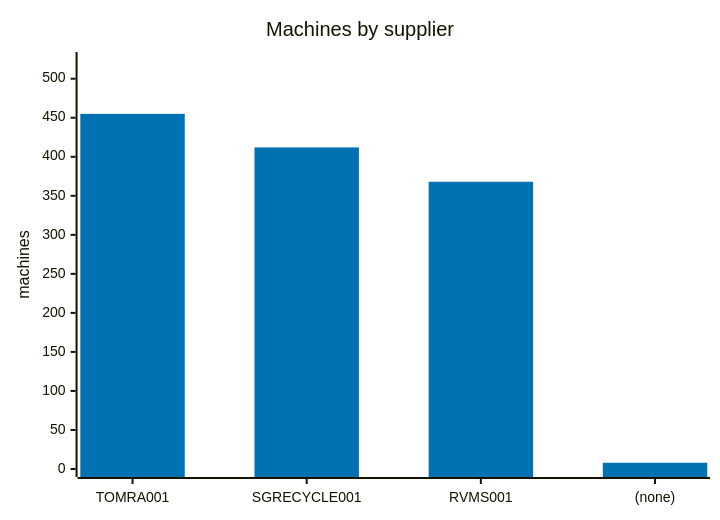
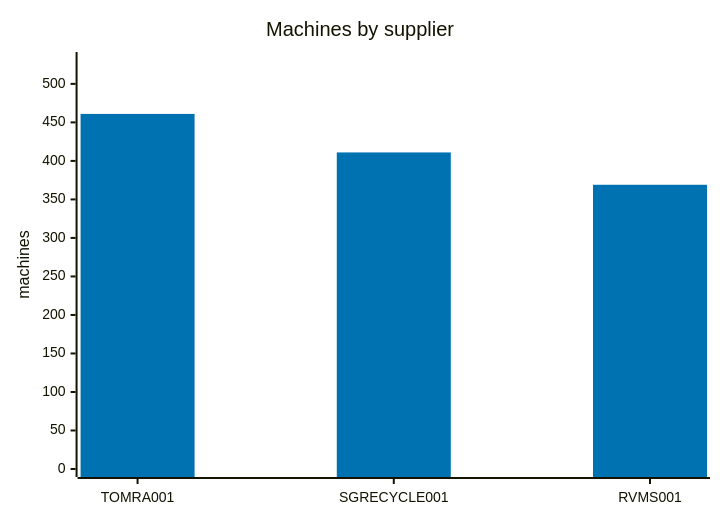
One commit to cheeaun/returnright-data changed the second of 7 diagrams in ANALYSIS.md. Above: the diagram before and after it, drawn with Mermaid. The commit also changed other lines of this file and 3 other files, not shown here.

````diff
--- a/ANALYSIS.md
+++ b/ANALYSIS.md
@@ -50,13 +48,13 @@
 ```mermaid
 ---
 config:
   themeVariables:
     xyChart:
       plotColorPalette: "#0072B2"
 ---
 xychart-beta
     title "Machines by supplier"
-    x-axis ["TOMRA001", "SGRECYCLE001", "RVMS001", "(none)"]
-    y-axis "machines" 0 --> 524
-    bar [455, 412, 368, 8]
+    x-axis ["TOMRA001", "SGRECYCLE001", "RVMS001"]
+    y-axis "machines" 0 --> 531
+    bar [461, 411, 369]
 ```
````
